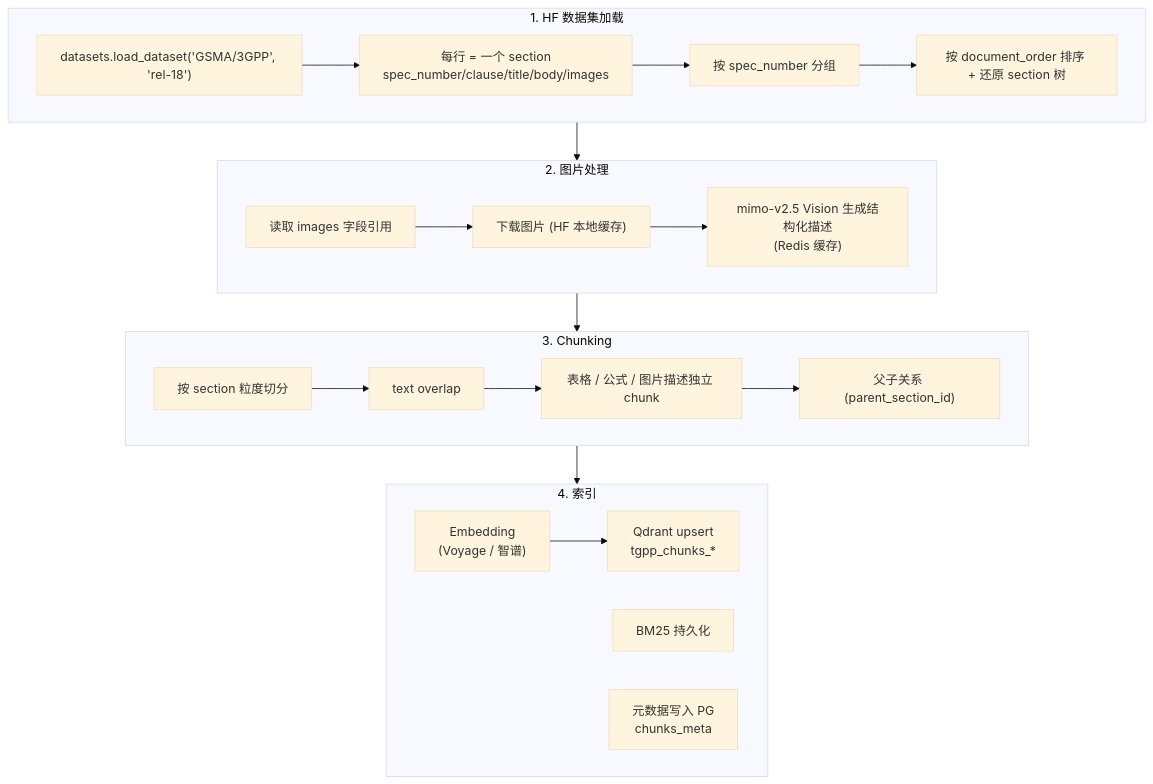
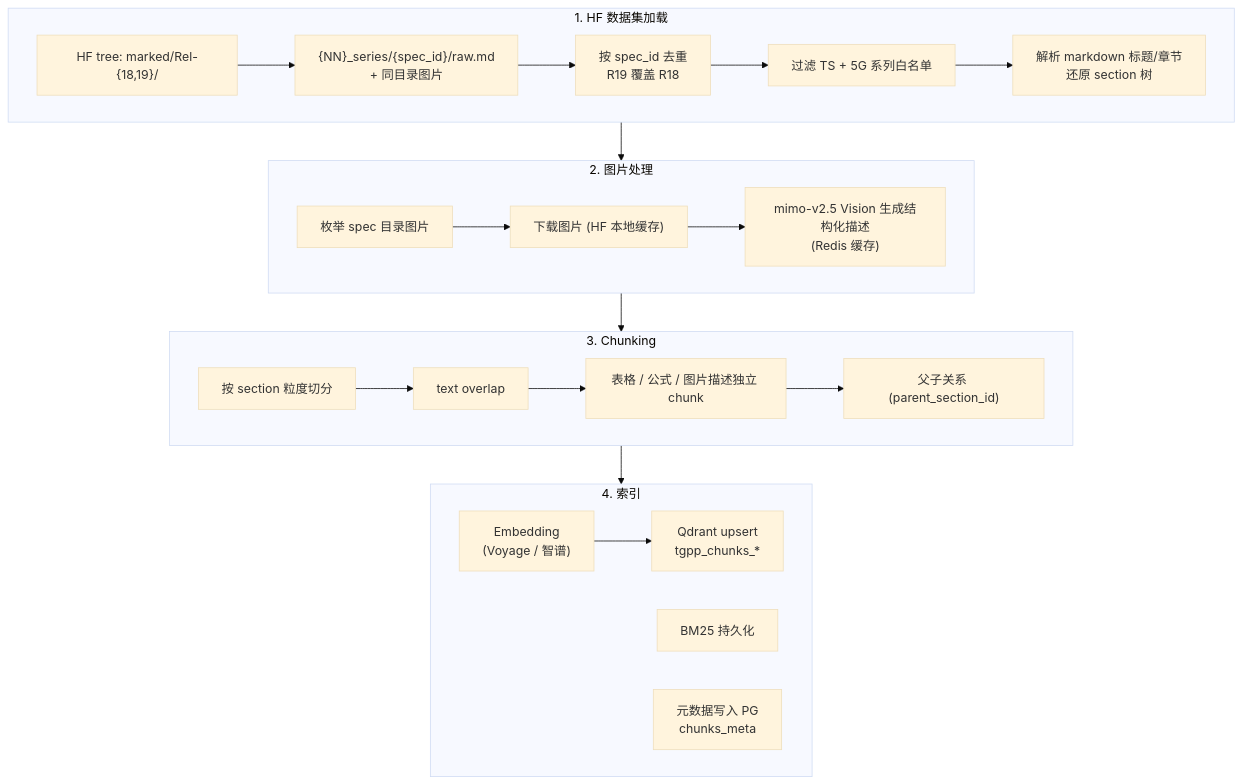
The first of 2 diagrams in docs/03-development/02-ingestion-and-indexing.md (EpisodeYu/3GPP-Everything), drawn with Mermaid (base theme) before and after one commit. The commit also changed other lines of this file and 3 other files, not shown here.

````diff
--- a/docs/03-development/02-ingestion-and-indexing.md
+++ b/docs/03-development/02-ingestion-and-indexing.md
@@ -19,24 +19,25 @@
 ```mermaid
 flowchart TB
     subgraph hf["1. HF 数据集加载"]
-        A1["datasets.load_dataset('GSMA/3GPP', 'rel-18')"]
-        A1 --> A2["每行 = 一个 section<br/>spec_number/clause/title/body/images"]
-        A2 --> A3["按 spec_number 分组"]
-        A3 --> A4["按 document_order 排序 + 还原 section 树"]
+        A1["HF tree: marked/Rel-{18,19}/"]
+        A1 --> A2["{NN}_series/{spec_id}/raw.md<br/>+ 同目录图片"]
+        A2 --> A3["按 spec_id 去重<br/>R19 覆盖 R18"]
+        A3 --> A4["过滤 TS + 5G 系列白名单"]
+        A4 --> A5["解析 markdown 标题/章节<br/>还原 section 树"]
     end
     subgraph image["2. 图片处理"]
-        B1["读取 images 字段引用"] --> B2["下载图片 (HF 本地缓存)"]
+        B1["枚举 spec 目录图片"] --> B2["下载图片 (HF 本地缓存)"]
         B2 --> B3["mimo-v2.5 Vision 生成结构化描述<br/>(Redis 缓存)"]
     end
     subgraph chunk["3. Chunking"]
         C1["按 section 粒度切分"] --> C2["text overlap"]
         C2 --> C3["表格 / 公式 / 图片描述独立 chunk"]
         C3 --> C4["父子关系 (parent_section_id)"]
     end
     subgraph index["4. 索引"]
         D1["Embedding<br/>(Voyage / 智谱)"] --> D2["Qdrant upsert<br/>tgpp_chunks_*"]
         D3["BM25 持久化"]
         D4["元数据写入 PG<br/>chunks_meta"]
     end
     hf --> image --> chunk --> index
 ```
````
